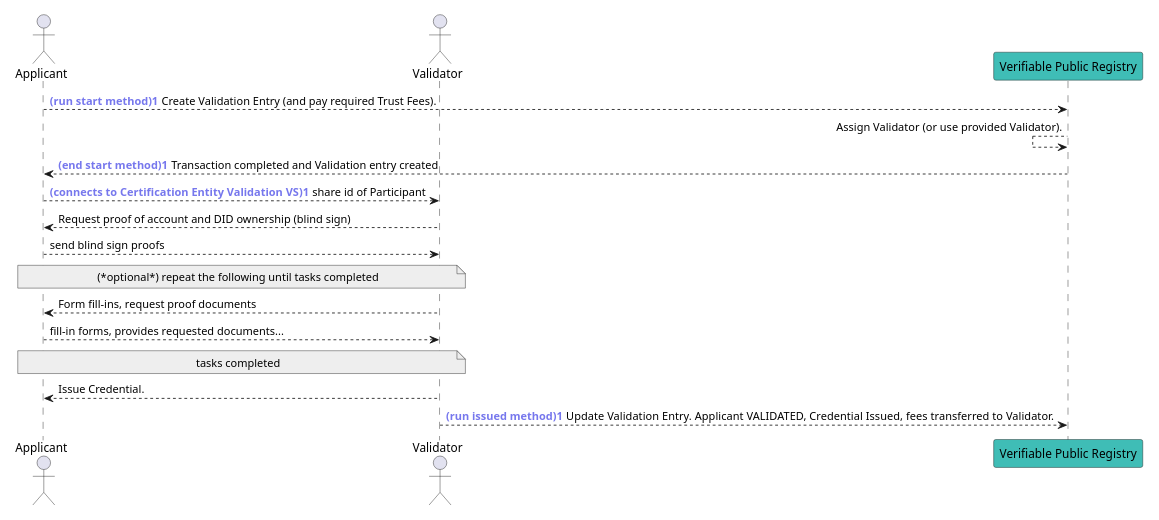
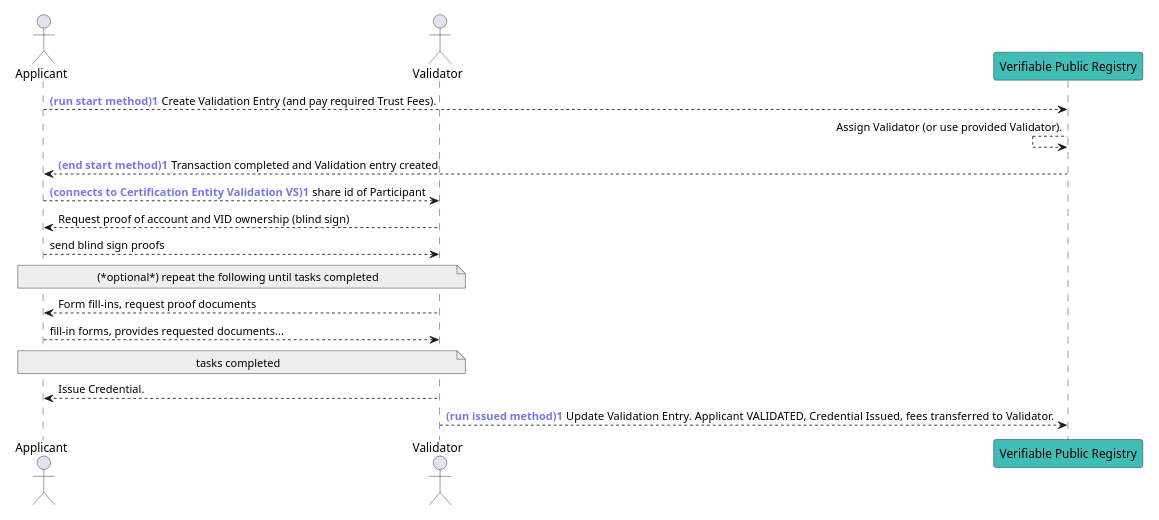
Before and after one commit to verana-labs/verifiable-trust-vpr-spec: diagram 20 of 21 in spec.md, drawn with PlantUML. The commit also changed other lines of this file, not shown here.

First line of the commit message:
feat(spec): rename DID to VID (verifiable identifier) for TSP forward compatibility

````diff
--- a/spec.md
+++ b/spec.md
@@ -5187,27 +5187,27 @@
 ```plantuml
 scale max 800 width
 actor "Applicant" as Applicant 
 actor "Validator" as CE
 participant "Verifiable Public Registry" as VPR #3fbdb6
 autonumber "<font color='#7677ed'><b>(run start method)"
 Applicant --> VPR #3fbdb6: Create Validation Entry (and pay required Trust Fees).
 autonumber stop
 VPR <-- VPR: Assign Validator (or use provided Validator).
 autonumber "<font color='#7677ed'><b>(end start method)"
 Applicant <-- VPR: Transaction completed and Validation entry created
 autonumber stop
 autonumber "<font color='#7677ed'><b>(connects to Certification Entity Validation VS)"
 Applicant --> CE: share id of Participant
 autonumber stop
-Applicant <-- CE: Request proof of account and DID ownership (blind sign)
+Applicant <-- CE: Request proof of account and VID ownership (blind sign)
 Applicant --> CE: send blind sign proofs 
 note over Applicant, CE #EEEEEE: (*optional*) repeat the following until tasks completed
 Applicant <-- CE: Form fill-ins, request proof documents
 Applicant --> CE: fill-in forms, provides requested documents...
 note over Applicant, CE #EEEEEE: tasks completed
 autonumber stop
 CE --> Applicant #3fbdb6: Issue Credential.
 autonumber "<font color='#7677ed'><b>(run issued method)"
 CE --> VPR #3fbdb6: Update Validation Entry. Applicant VALIDATED, Credential Issued, fees transferred to Validator.
 autonumber stop
 ```
````
